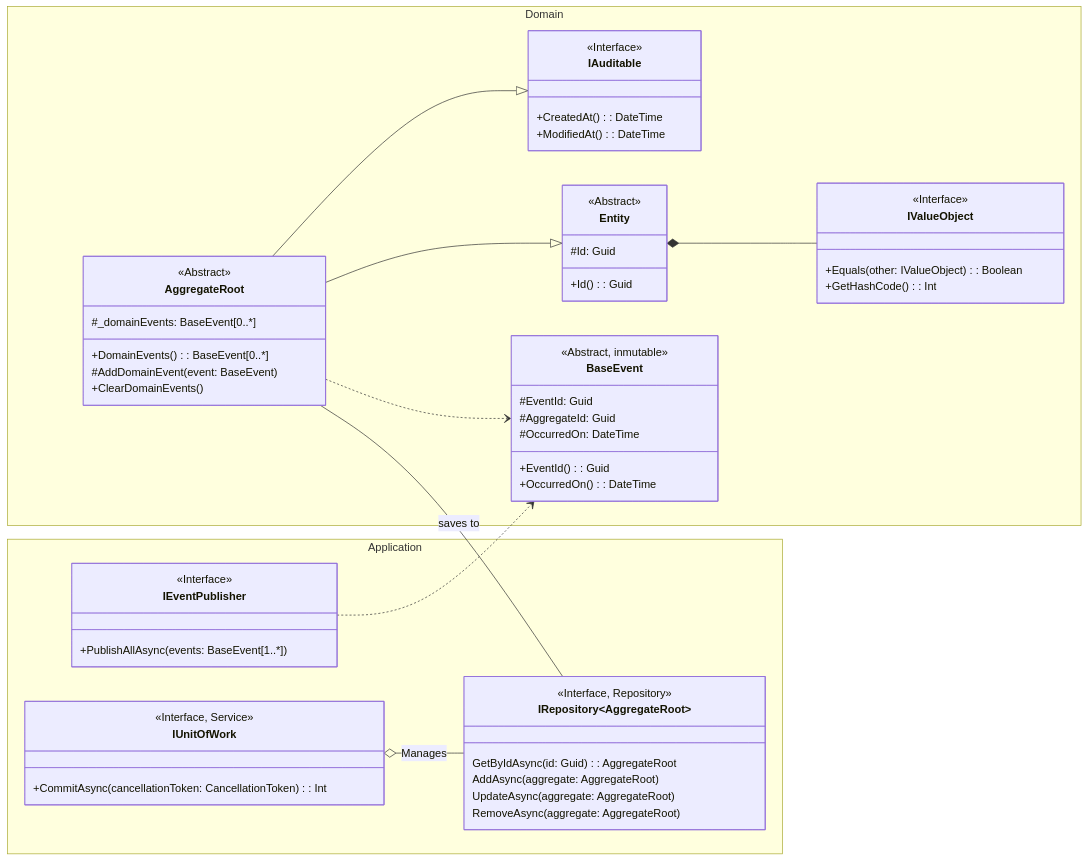
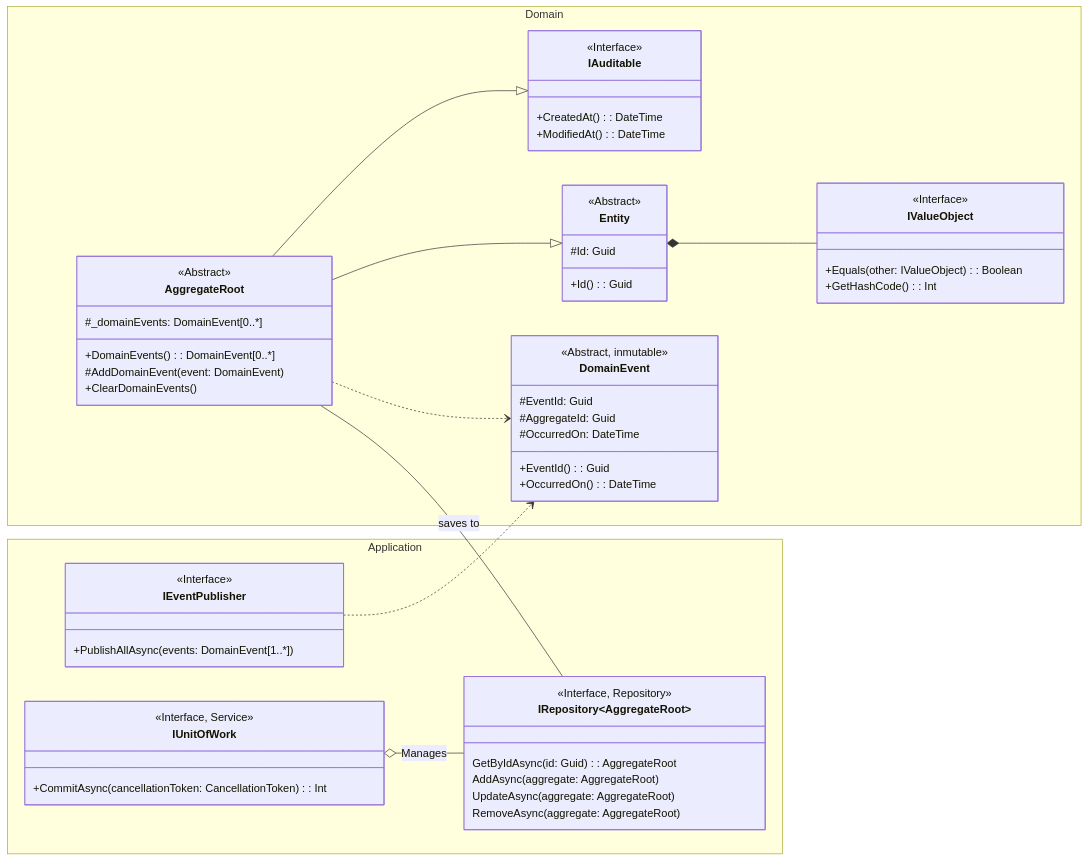
The diagram in docs/abstractions.mmd (rogerrocaarano/DDDSharp), drawn with Mermaid before and after one commit.

Commit message:
docs<abstractions>: update class diagram
Changed BaseEvent to DomainEvent for better representation of the concept.

```diff
--- a/docs/abstractions.mmd
+++ b/docs/abstractions.mmd
@@ -1,74 +1,74 @@
 classDiagram
     direction LR
     namespace Domain {
         class IValueObject
         class IAuditable
         class Entity
         class AggregateRoot
-        class BaseEvent
+        class DomainEvent
     }
     namespace Application {
         class IEventPublisher
         class IRepository~AggregateRoot~
         class IUnitOfWork
     }
     class Entity {
         <<Abstract>>
         #Id: Guid
         +Id(): Guid
     }
     Entity *-- IValueObject
 
     class IAuditable {
         <<Interface>>
         +CreatedAt(): DateTime
         +ModifiedAt(): DateTime
     }
 
     class AggregateRoot {
         <<Abstract>>
-        #_domainEvents: BaseEvent[0..*]
-        +DomainEvents(): BaseEvent[0..*]
-        #AddDomainEvent(event: BaseEvent)
+        #_domainEvents: DomainEvent[0..*]
+        +DomainEvents(): DomainEvent[0..*]
+        #AddDomainEvent(event: DomainEvent)
         +ClearDomainEvents()
     }
     AggregateRoot --|> Entity
     AggregateRoot --|> IAuditable
-    AggregateRoot ..> BaseEvent
+    AggregateRoot ..> DomainEvent
     AggregateRoot -- IRepository~AggregateRoot~: saves to
 
 
     class IValueObject~IValueObject~ {
         <<Interface>>
         +Equals(other: IValueObject): Boolean
         +GetHashCode(): Int
     }
 
     class IEventPublisher {
         <<Interface>>
-        +PublishAllAsync(events: BaseEvent[1..*])
+        +PublishAllAsync(events: DomainEvent[1..*])
     }
-    IEventPublisher ..> BaseEvent
+    IEventPublisher ..> DomainEvent
 
-    class BaseEvent {
+    class DomainEvent {
         <<Abstract, inmutable>>
         #EventId: Guid
         #AggregateId: Guid
         #OccurredOn: DateTime
         +EventId(): Guid
         +OccurredOn(): DateTime
 }
 
     class IRepository~AggregateRoot~ {
         <<Interface, Repository>>
         GetByIdAsync(id: Guid): AggregateRoot
         AddAsync(aggregate: AggregateRoot)
         UpdateAsync(aggregate: AggregateRoot)
         RemoveAsync(aggregate: AggregateRoot)
     }
 
     class IUnitOfWork {
         <<Interface, Service>>
         +CommitAsync(cancellationToken: CancellationToken): Int
     }
     IUnitOfWork o-- IRepository~AggregateRoot~: Manages
```
